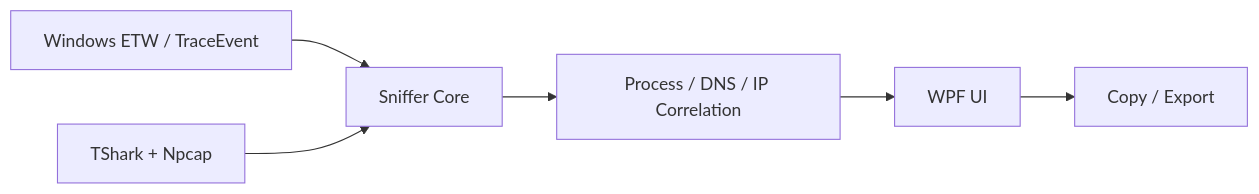
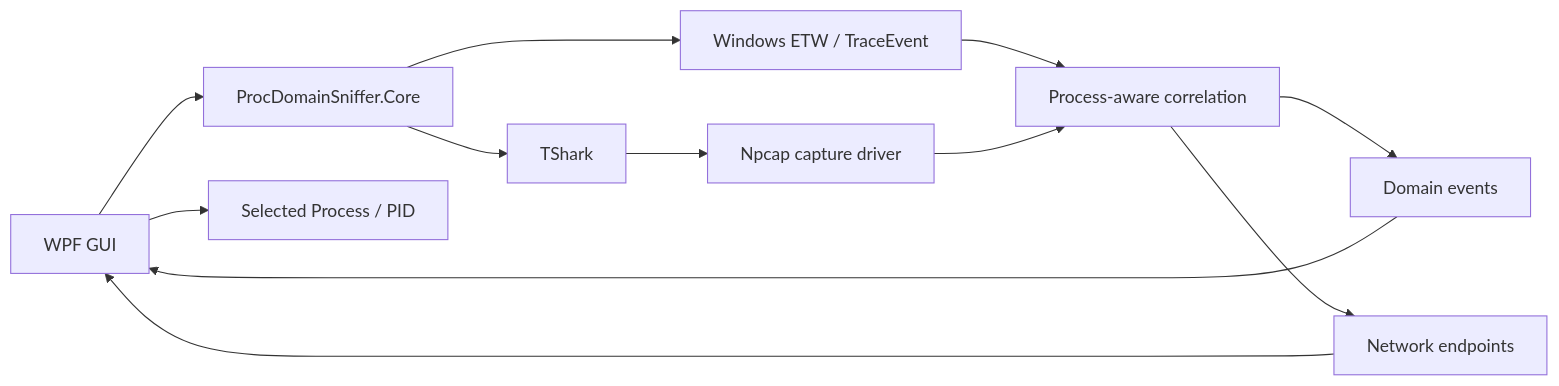
The first of 2 diagrams in README.md (Danial-Zolfaghari/ProcDomainSniffer), drawn with Mermaid before and after one commit. The commit also changed other lines of this file and 27 other files, not shown here.

Commit message:
chore: publish ProcDomainSniffer release

````diff
--- a/README.md
+++ b/README.md
@@ -23,8 +30,14 @@
 ```mermaid
 flowchart LR
-  ETW[Windows ETW / TraceEvent] --> Core[Sniffer Core]
-  TShark[TShark + Npcap] --> Core
-  Core --> Correlate[Process / DNS / IP Correlation]
-  Correlate --> UI[WPF UI]
-  UI --> Export[Copy / Export]
+    GUI[WPF GUI] --> CORE[ProcDomainSniffer.Core]
+    GUI --> PROC[Selected Process / PID]
+    CORE --> ETW[Windows ETW / TraceEvent]
+    CORE --> TSHARK[TShark]
+    TSHARK --> NPCAP[Npcap capture driver]
+    ETW --> CORR[Process-aware correlation]
+    NPCAP --> CORR
+    CORR --> DNS[Domain events]
+    CORR --> NET[Network endpoints]
+    DNS --> GUI
+    NET --> GUI
 ```
````
